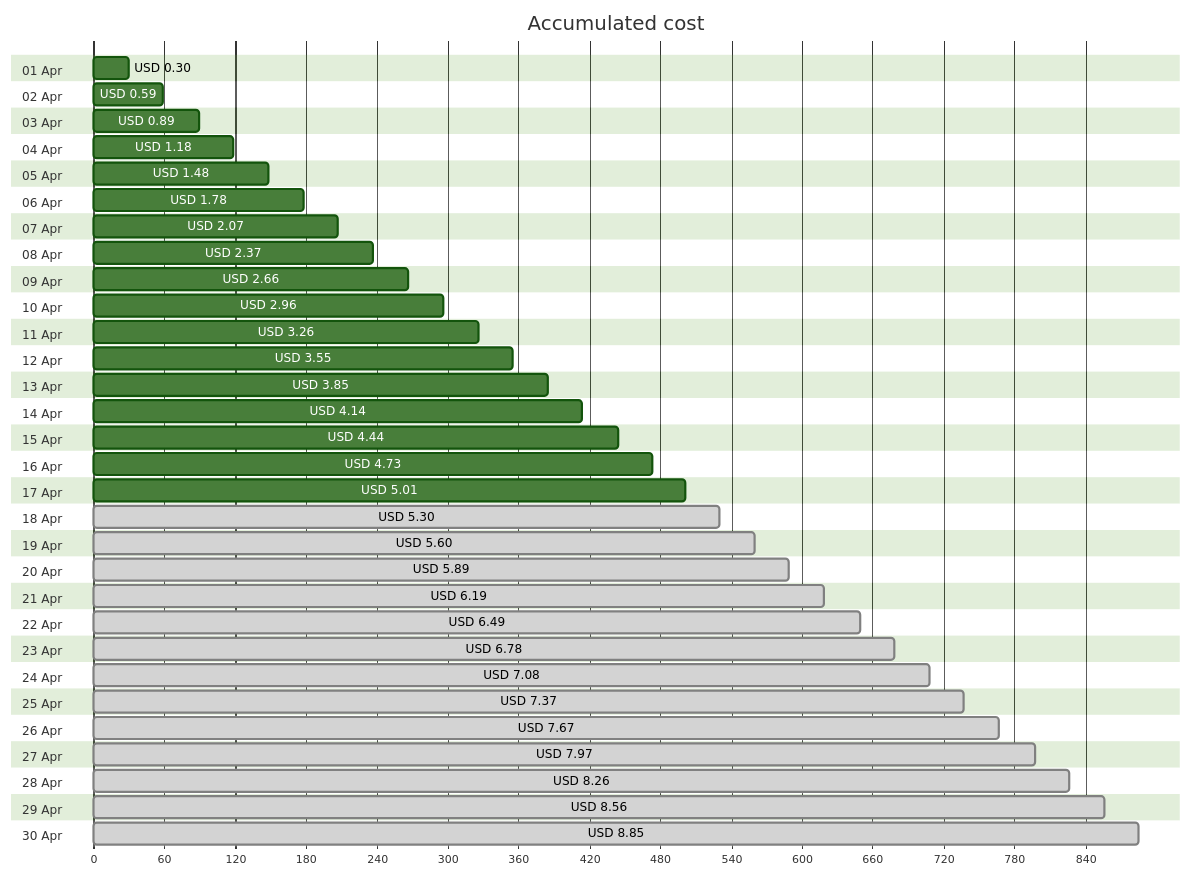
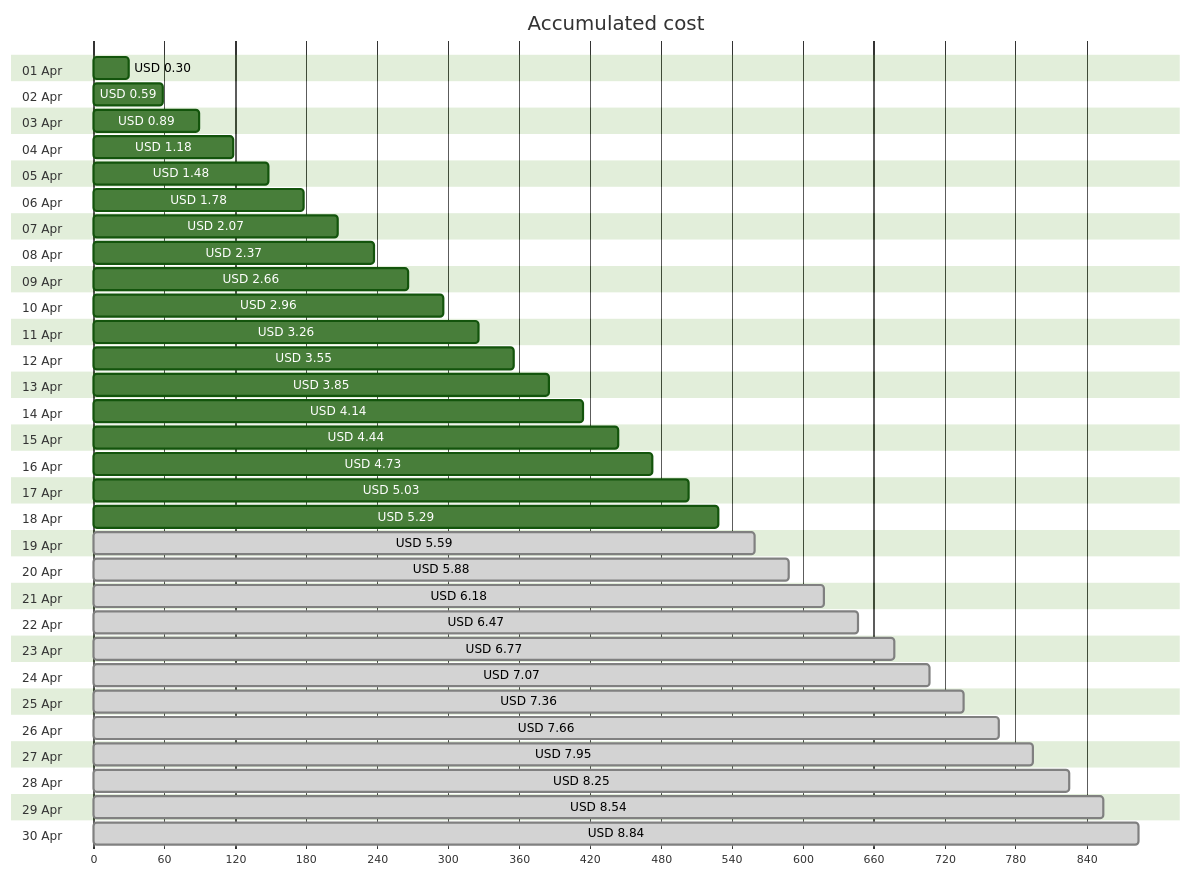
The first of 4 diagrams in cost-reports/personal-site/personal-site-preview.md (jpfulton/azure-personal-reports), drawn with Mermaid (forest theme) before and after one commit. The commit also changed other lines of this file and 6 other files, not shown here.

````diff
--- a/cost-reports/personal-site/personal-site-preview.md
+++ b/cost-reports/personal-site/personal-site-preview.md
@@ -20,66 +20,66 @@
 ```mermaid
 gantt
    title Accumulated cost
    dateFormat  X
    axisFormat %s
    section 01 Apr
    USD 0.30 :0, 30
    section 02 Apr
    USD 0.59 :0, 59
    section 03 Apr
    USD 0.89 :0, 89
    section 04 Apr
    USD 1.18 :0, 118
    section 05 Apr
    USD 1.48 :0, 148
    section 06 Apr
    USD 1.78 :0, 178
    section 07 Apr
    USD 2.07 :0, 207
    section 08 Apr
    USD 2.37 :0, 237
    section 09 Apr
    USD 2.66 :0, 266
    section 10 Apr
    USD 2.96 :0, 296
    section 11 Apr
    USD 3.26 :0, 326
    section 12 Apr
    USD 3.55 :0, 355
    section 13 Apr
    USD 3.85 :0, 385
    section 14 Apr
    USD 4.14 :0, 414
    section 15 Apr
    USD 4.44 :0, 444
    section 16 Apr
    USD 4.73 :0, 473
    section 17 Apr
-   USD 5.01 :0, 501
+   USD 5.03 :0, 503
    section 18 Apr
-   USD 5.30 : done, 0, 530
+   USD 5.29 :0, 529
    section 19 Apr
-   USD 5.60 : done, 0, 560
+   USD 5.59 : done, 0, 559
    section 20 Apr
-   USD 5.89 : done, 0, 589
+   USD 5.88 : done, 0, 588
    section 21 Apr
-   USD 6.19 : done, 0, 619
+   USD 6.18 : done, 0, 618
    section 22 Apr
-   USD 6.49 : done, 0, 649
+   USD 6.47 : done, 0, 647
    section 23 Apr
-   USD 6.78 : done, 0, 678
+   USD 6.77 : done, 0, 677
    section 24 Apr
-   USD 7.08 : done, 0, 708
+   USD 7.07 : done, 0, 707
    section 25 Apr
-   USD 7.37 : done, 0, 737
+   USD 7.36 : done, 0, 736
    section 26 Apr
-   USD 7.67 : done, 0, 767
+   USD 7.66 : done, 0, 766
    section 27 Apr
-   USD 7.97 : done, 0, 797
+   USD 7.95 : done, 0, 795
    section 28 Apr
-   USD 8.26 : done, 0, 826
+   USD 8.25 : done, 0, 825
    section 29 Apr
-   USD 8.56 : done, 0, 856
+   USD 8.54 : done, 0, 854
    section 30 Apr
-   USD 8.85 : done, 0, 885
+   USD 8.84 : done, 0, 884
 ```
````
